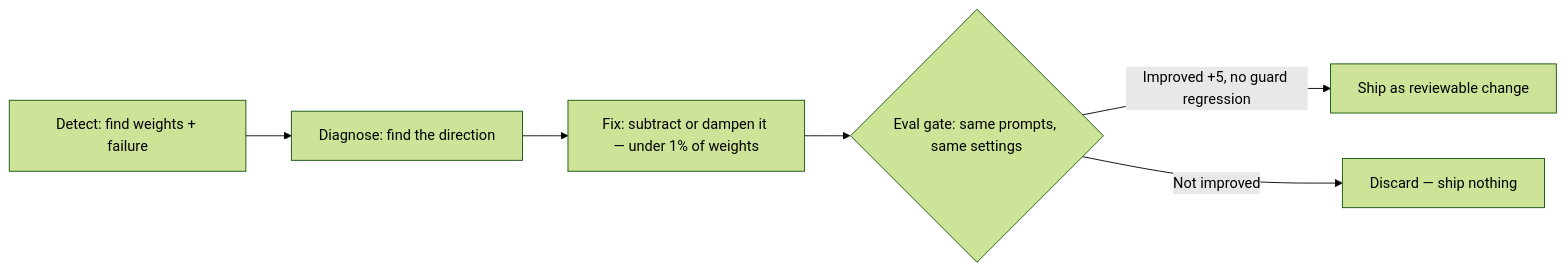
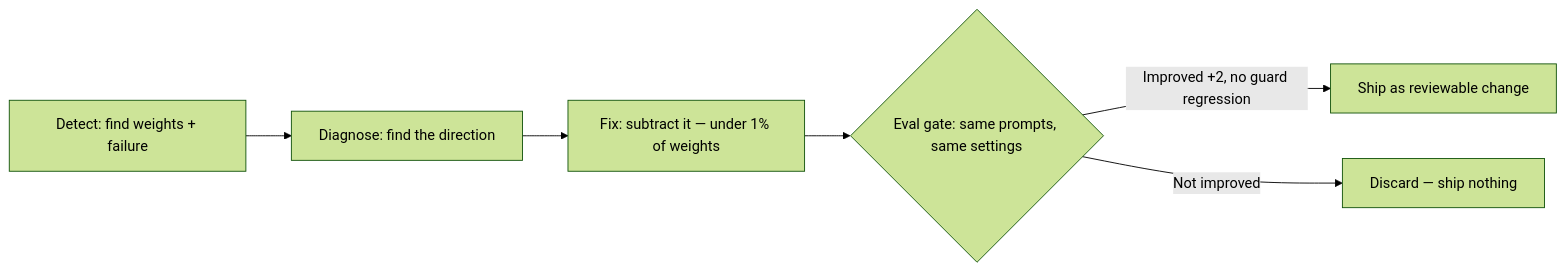
Before and after one commit to AuremHQ/weight-space-programming: the first of 2 diagrams in README.md, drawn with Mermaid (forest theme). The commit also changed other lines of this file and 89 other files, not shown here.

````diff
--- a/README.md
+++ b/README.md
@@ -91,8 +127,8 @@
 ```mermaid
 flowchart LR
     A[Detect: find weights + failure] --> B[Diagnose: find the direction]
-    B --> C[Fix: subtract or dampen it — under 1% of weights]
+    B --> C[Fix: subtract it — under 1% of weights]
     C --> D{Eval gate: same prompts, same settings}
-    D -->|Improved +5, no guard regression| E[Ship as reviewable change]
+    D -->|Improved +2, no guard regression| E[Ship as reviewable change]
     D -->|Not improved| F[Discard — ship nothing]
 ```
````
